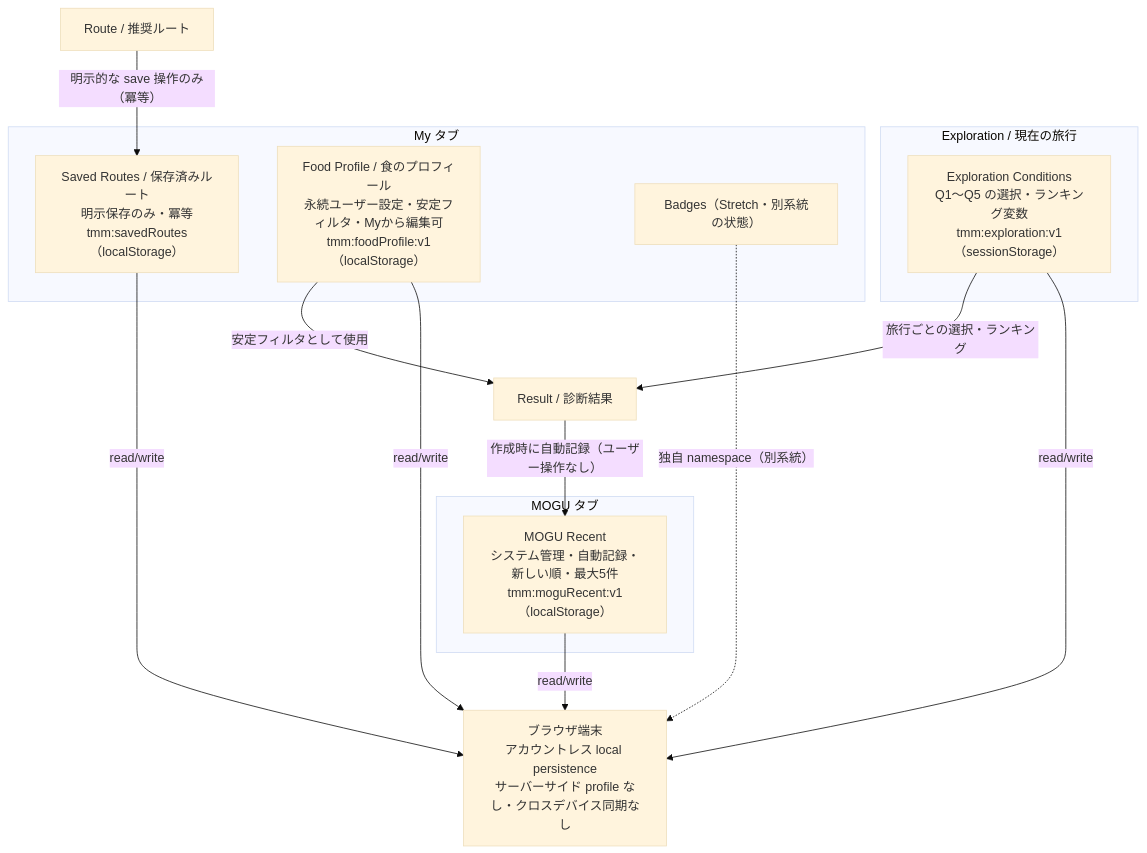
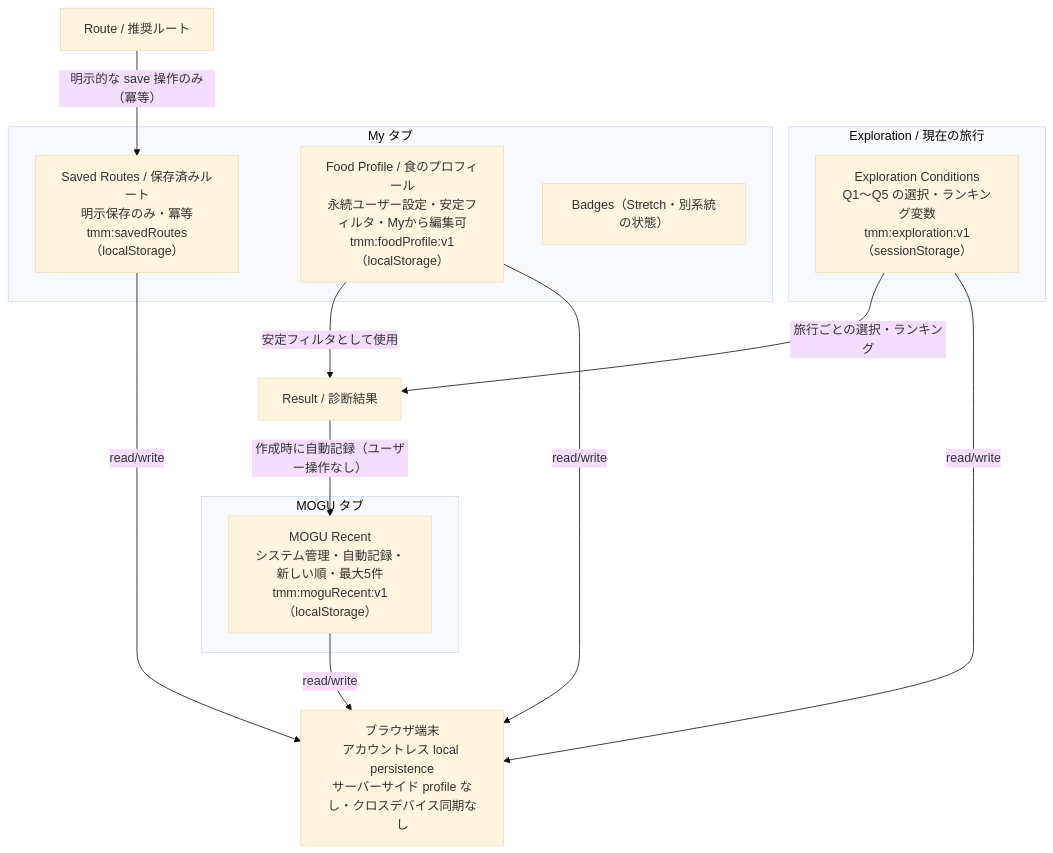
One commit to nurockplayer/tokyo-mogu-mogu changed the second of 3 diagrams in docs/diagrams/persistence-flow.md. Above: the diagram before and after it, drawn with Mermaid (base theme). The commit also changed other lines of this file and 3 other files, not shown here.

First line of the commit message:
docs(diagrams): address review findings for Issue #197

````diff
--- a/docs/diagrams/persistence-flow.md
+++ b/docs/diagrams/persistence-flow.md
@@ -48,32 +48,31 @@
 ```mermaid
 flowchart TB
     device["ブラウザ端末<br/>アカウントレス local persistence<br/>サーバーサイド profile なし・クロスデバイス同期なし"]
 
     subgraph trip["Exploration / 現在の旅行"]
         ex["Exploration Conditions<br/>Q1〜Q5 の選択・ランキング変数<br/>tmm:exploration:v1（sessionStorage）"]
     end
 
     subgraph moguArea["MOGU タブ"]
         mogu["MOGU Recent<br/>システム管理・自動記録・新しい順・最大5件<br/>tmm:moguRecent:v1（localStorage）"]
     end
 
     subgraph myArea["My タブ"]
         saved["Saved Routes / 保存済みルート<br/>明示保存のみ・冪等<br/>tmm:savedRoutes（localStorage）"]
         fp["Food Profile / 食のプロフィール<br/>永続ユーザー設定・安定フィルタ・Myから編集可<br/>tmm:foodProfile:v1（localStorage）"]
         badges["Badges（Stretch・別系統の状態）"]
     end
 
     result["Result / 診断結果"]
     route["Route / 推奨ルート"]
 
     fp -->|"安定フィルタとして使用"| result
     ex -->|"旅行ごとの選択・ランキング"| result
     result -->|"作成時に自動記録（ユーザー操作なし）"| mogu
     route -->|"明示的な save 操作のみ（冪等）"| saved
 
     mogu -->|"read/write"| device
     saved -->|"read/write"| device
     fp -->|"read/write"| device
     ex -->|"read/write"| device
-    badges -.->|"独自 namespace（別系統）"| device
 ```
````
